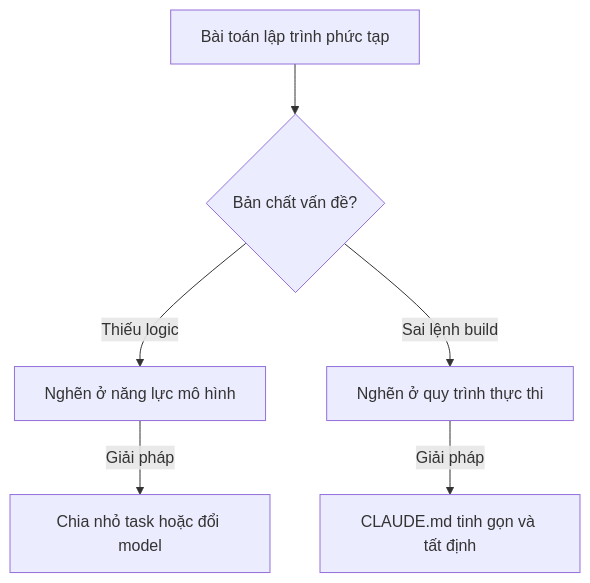
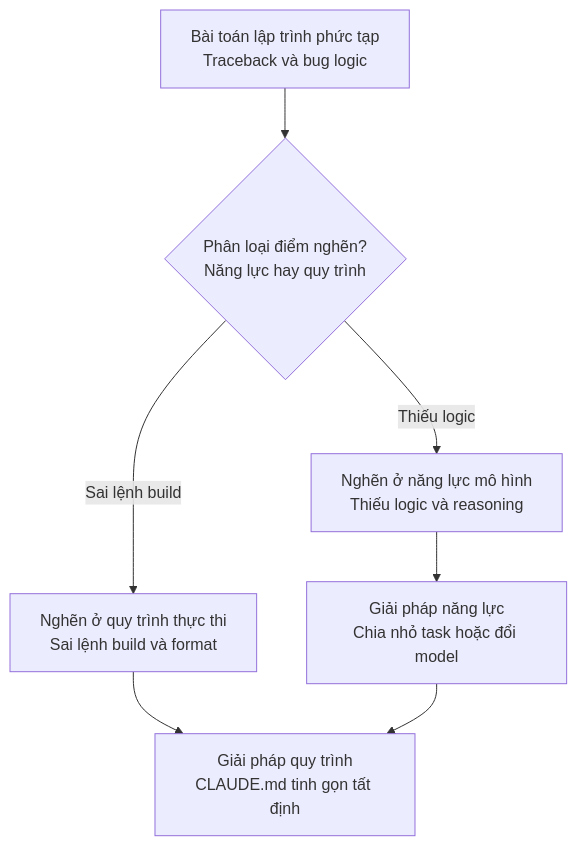
Before and after one commit to nguyengoctin/my_website: the first of 2 diagrams in content/posts/tu-duy-viet-claudemd-thuc-chien.md, drawn with Mermaid. The commit also changed other lines of this file and 34 other files, not shown here.

````diff
--- a/content/posts/tu-duy-viet-claudemd-thuc-chien.md
+++ b/content/posts/tu-duy-viet-claudemd-thuc-chien.md
@@ -71,14 +71,15 @@
 ```mermaid
 flowchart TD
-    A["`Bài toán lập trình phức tạp`"]
-    B{"`Bản chất vấn đề?`"}
-    C["`Nghẽn ở năng lực mô hình`"]
-    D["`Nghẽn ở quy trình thực thi`"]
-    E["`Chia nhỏ task hoặc đổi model`"]
-    F["`CLAUDE.md tinh gọn và tất định`"]
-    A --> B
-    B -->|Thiếu logic| C
-    B -->|Sai lệnh build| D
-    C -->|Giải pháp| E
-    D -->|Giải pháp| F
+    Prob["Bài toán lập trình phức tạp<br/>Traceback và bug logic"]
+    Check{"Phân loại điểm nghẽn?<br/>Năng lực hay quy trình"}
+    Cap["Nghẽn ở năng lực mô hình<br/>Thiếu logic và reasoning"]
+    Proc["Nghẽn ở quy trình thực thi<br/>Sai lệnh build và format"]
+    SolCap["Giải pháp năng lực<br/>Chia nhỏ task hoặc đổi model"]
+    SolProc["Giải pháp quy trình<br/>CLAUDE.md tinh gọn tất định"]
+    Prob --> Check
+    Check -->|Thiếu logic| Cap
+    Check -->|Sai lệnh build| Proc
+    Cap --> SolCap
+    Proc --> SolProc
+    SolCap --> SolProc
 ```
````
